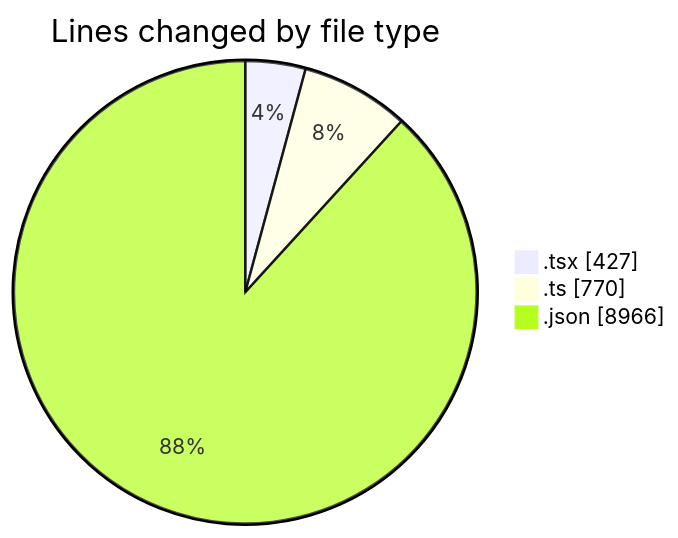
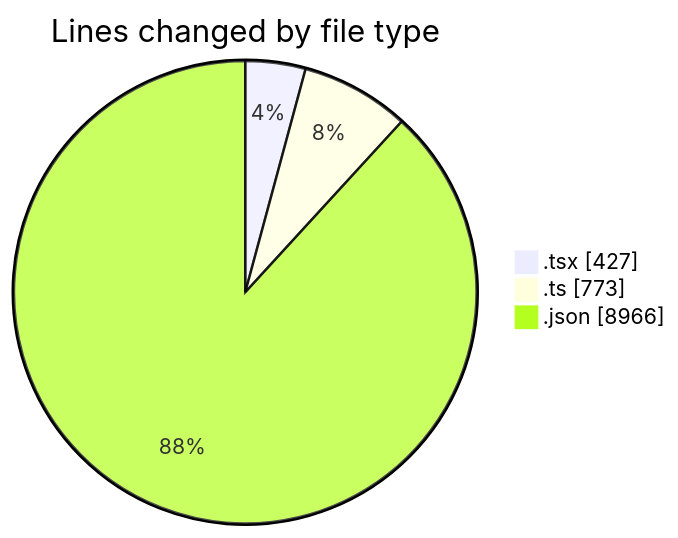
One commit to nxtqubesakshisongat/code-tracking changed the first of 2 diagrams in 2026-04-12/airfeed-analytics-dashboard/README.md. Above: the diagram before and after it, drawn with Mermaid. The commit also changed other lines of this file and 1 other file, not shown here.

````diff
--- a/2026-04-12/airfeed-analytics-dashboard/README.md
+++ b/2026-04-12/airfeed-analytics-dashboard/README.md
@@ -27,7 +27,7 @@
 ```mermaid
 pie showData
 title Lines changed by file type
 ".tsx" : 427
-".ts" : 770
+".ts" : 773
 ".json" : 8966
 ```
````
